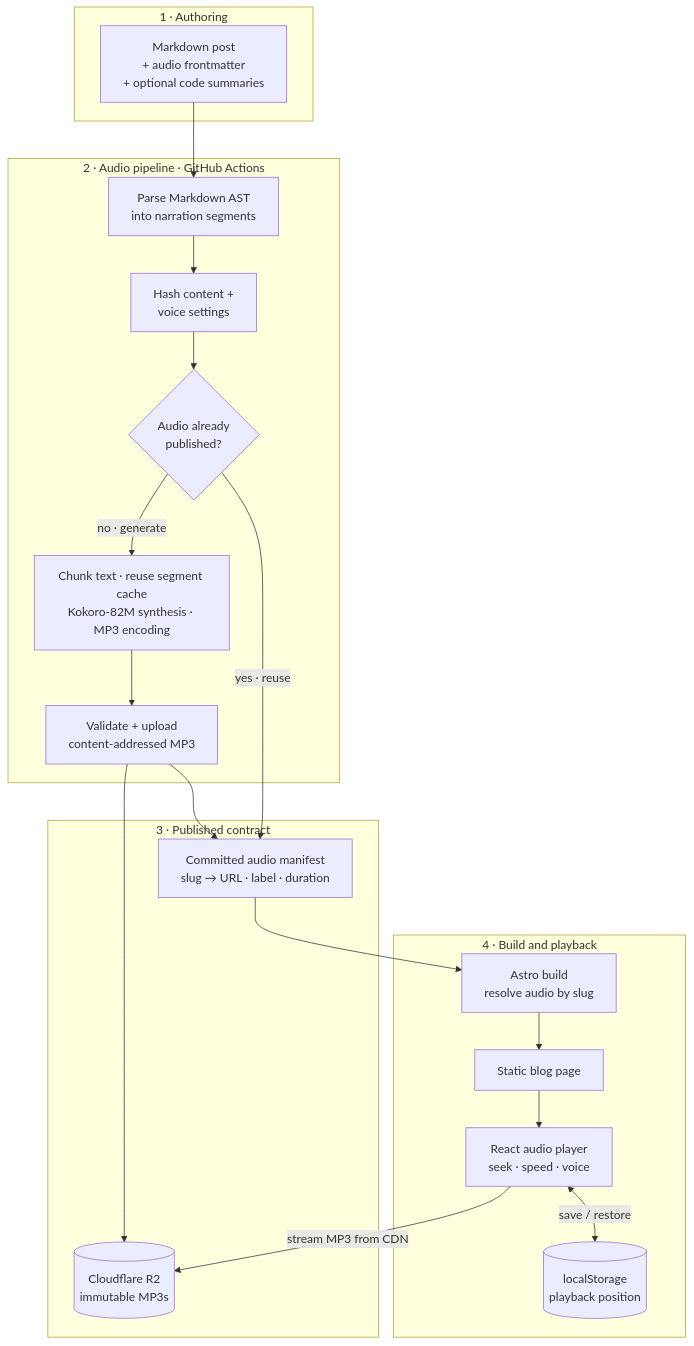
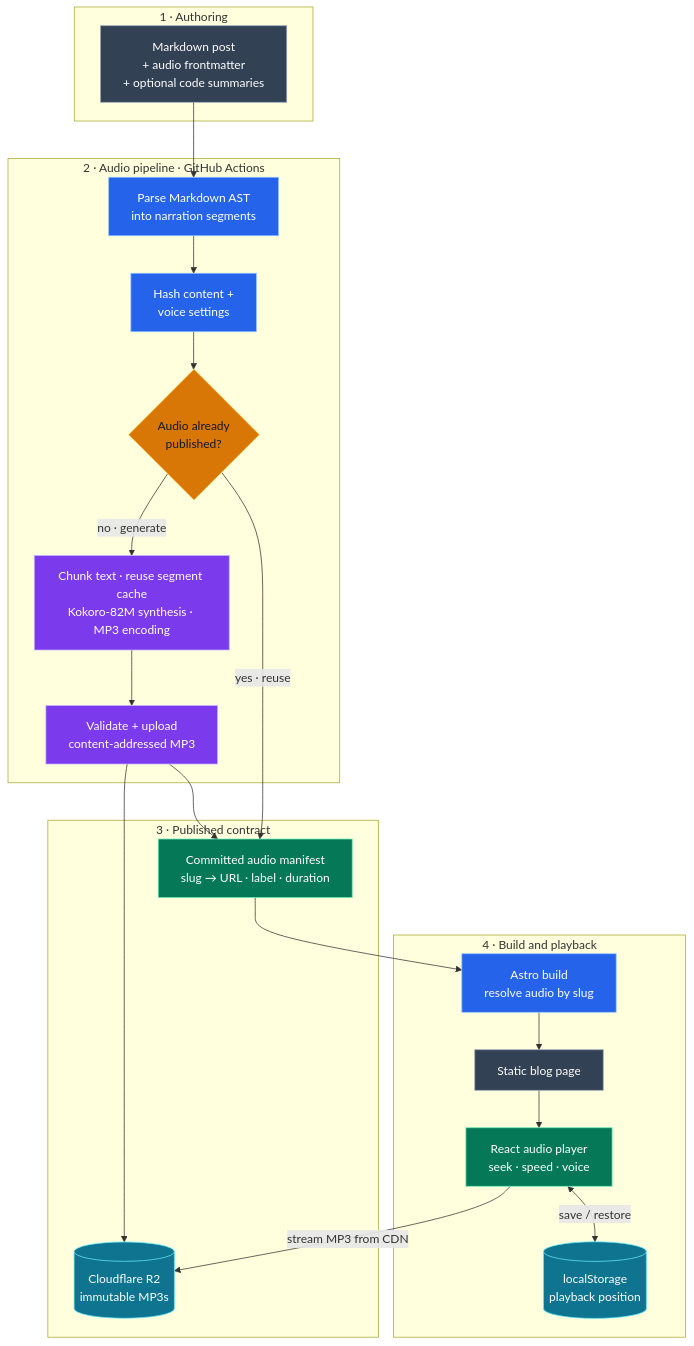
The first of 7 diagrams in src/content/blog/blog-audio-player.md (g-savitha/gsavitha.in), drawn with Mermaid before and after one commit. The commit also changed other lines of this file and 6 other files, not shown here.

Commit message:
Mermaid: restore the original hand-picked palette (AA nudges, rose instead of bright red)

````diff
--- a/src/content/blog/blog-audio-player.md
+++ b/src/content/blog/blog-audio-player.md
@@ -66,38 +66,45 @@
 ```mermaid
 flowchart TD
     subgraph Authoring["1 · Authoring"]
         INPUT["Markdown post\n+ audio frontmatter\n+ optional code summaries"]:::content
     end
 
     subgraph Build["2 · Audio pipeline · GitHub Actions"]
         EXTRACT["Parse Markdown AST\ninto narration segments"]:::primary
         HASH["Hash content +\nvoice settings"]:::primary
         CHANGED{"Audio already\npublished?"}:::decision
         GENERATE["Chunk text · reuse segment cache\nKokoro-82M synthesis · MP3 encoding"]:::accent
         UPLOAD["Validate + upload\ncontent-addressed MP3"]:::accent
 
         EXTRACT --> HASH --> CHANGED
         CHANGED -->|"no · generate"| GENERATE --> UPLOAD
     end
 
     subgraph Contract["3 · Published contract"]
         MANIFEST["Committed audio manifest\nslug → URL · label · duration"]:::success
         R2[("Cloudflare R2\nimmutable MP3s")]:::storage
         UPLOAD --> R2
         UPLOAD --> MANIFEST
         CHANGED -->|"yes · reuse"| MANIFEST
     end
 
     subgraph Delivery["4 · Build and playback"]
         ASTRO["Astro build\nresolve audio by slug"]:::primary
         PAGE["Static blog page"]:::content
         PLAYER["React audio player\nseek · speed · voice"]:::success
         PROGRESS[("localStorage\nplayback position")]:::storage
 
         MANIFEST --> ASTRO --> PAGE --> PLAYER
         PLAYER <-->|"save / restore"| PROGRESS
     end
 
     INPUT --> EXTRACT
     PLAYER -->|"stream MP3 from CDN"| R2
+
+    classDef primary fill:#2563eb,stroke:#93c5fd,color:#ffffff
+    classDef accent fill:#7c3aed,stroke:#c4b5fd,color:#ffffff
+    classDef success fill:#047857,stroke:#6ee7b7,color:#ffffff
+    classDef decision fill:#d97706,stroke:#fcd34d,color:#111827
+    classDef storage fill:#0e7490,stroke:#67e8f9,color:#ffffff
+    classDef content fill:#334155,stroke:#94a3b8,color:#ffffff
 ```
````
